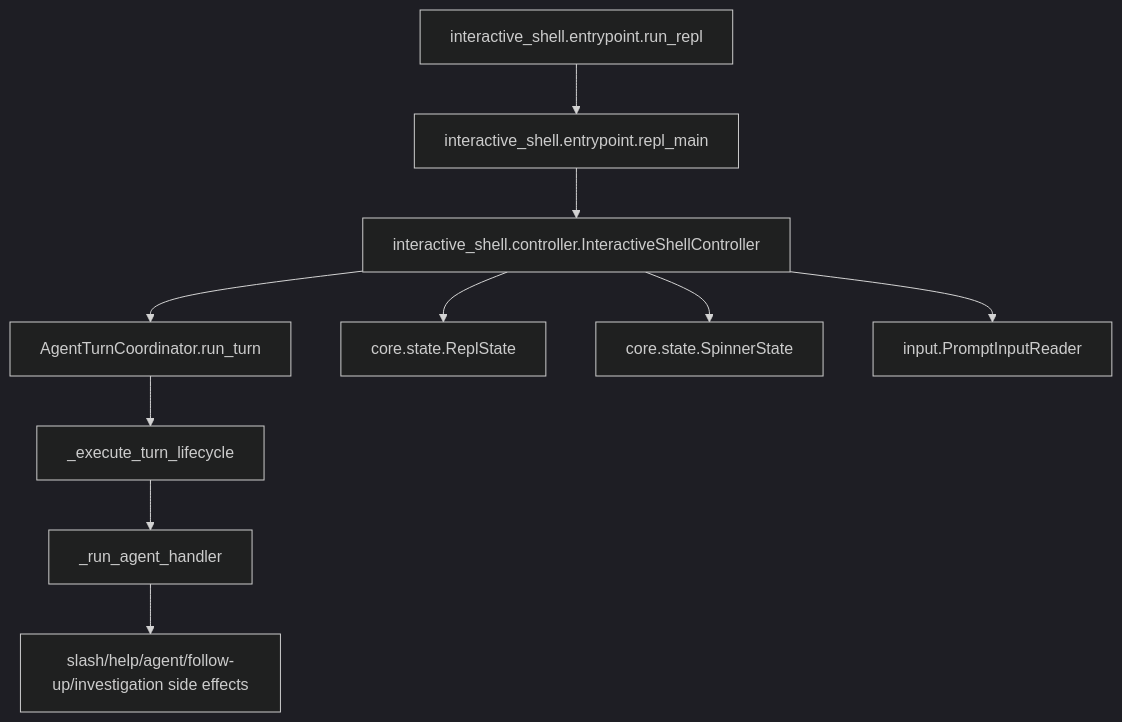
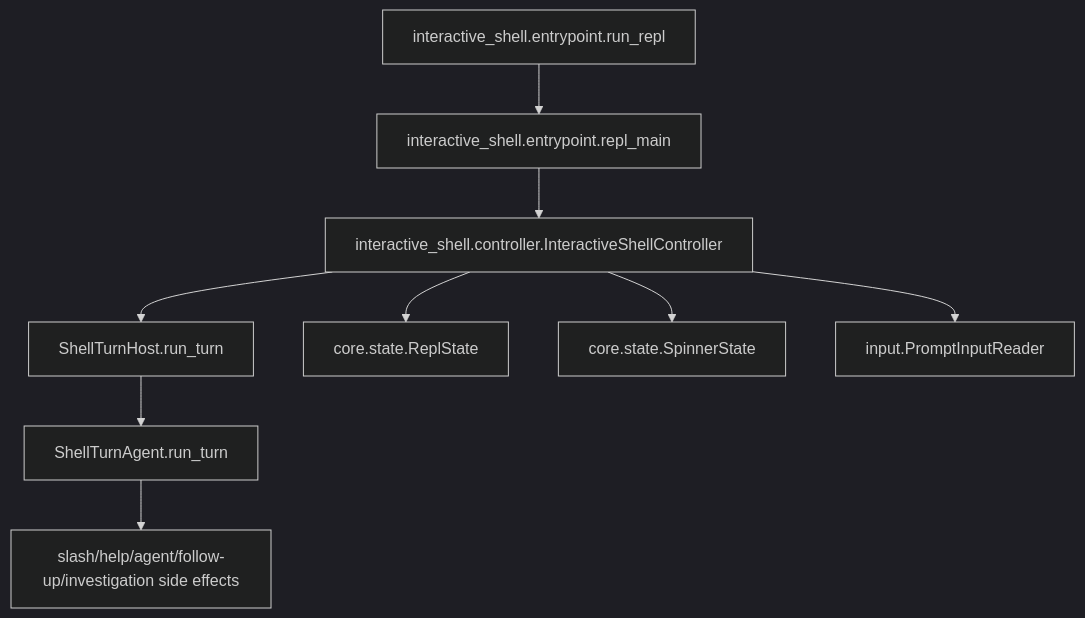
The diagram in interactive_shell/runtime/AGENTS.md (SawhneySatvik/opensre), drawn with Mermaid (dark theme) before and after one commit. The commit also changed other lines of this file and 20 other files, not shown here.

Commit message:
implemented shell agent class

````diff
--- a/interactive_shell/runtime/AGENTS.md
+++ b/interactive_shell/runtime/AGENTS.md
@@ -94,12 +96,11 @@
 ```mermaid
 flowchart TD
   runRepl["interactive_shell.entrypoint.run_repl"] --> replMain["interactive_shell.entrypoint.repl_main"]
   replMain --> controller["interactive_shell.controller.InteractiveShellController"]
-  controller --> shellTurn["AgentTurnCoordinator.run_turn"]
-  shellTurn --> executeTurn["_execute_turn_lifecycle"]
-  executeTurn --> dispatchTurn["_run_agent_handler"]
-  dispatchTurn --> sideEffects["slash/help/agent/follow-up/investigation side effects"]
+  controller --> shellTurn["ShellTurnHost.run_turn"]
+  shellTurn --> shellAgent["ShellTurnAgent.run_turn"]
+  shellAgent --> sideEffects["slash/help/agent/follow-up/investigation side effects"]
   controller --> replState["core.state.ReplState"]
   controller --> spinnerState["core.state.SpinnerState"]
   controller --> inputReader["input.PromptInputReader"]
 ```
````
